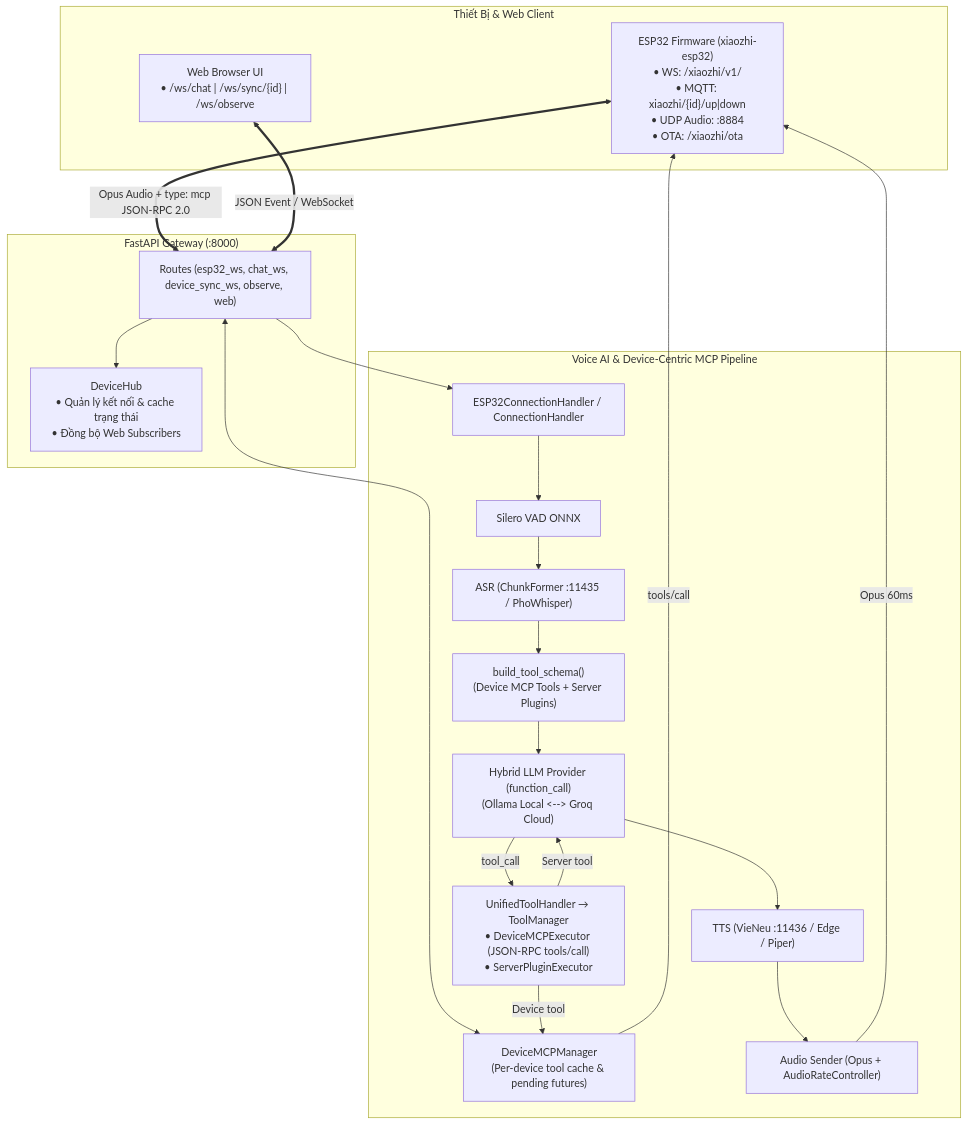
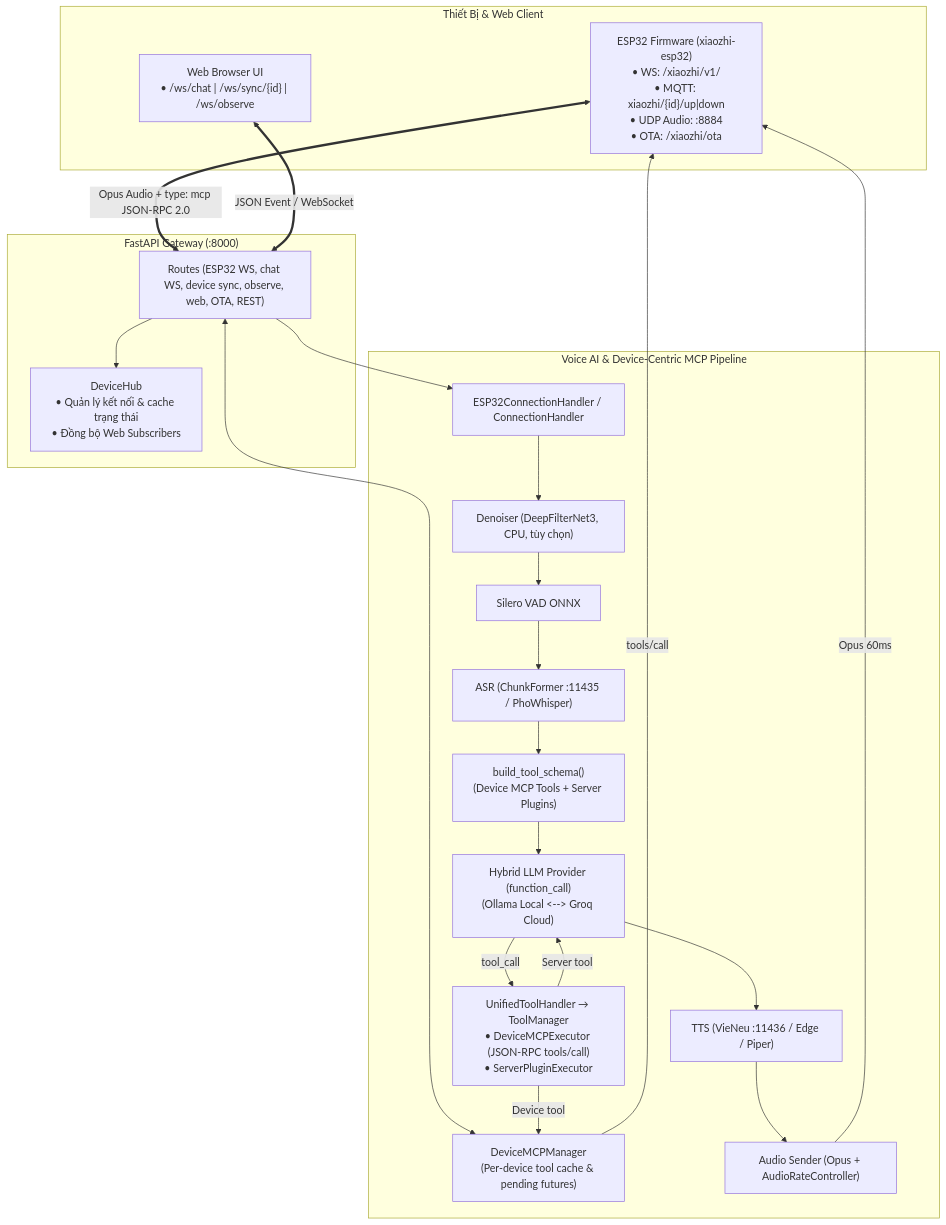
One commit to SonTruong3105/pbl3-smart-lamp changed the diagram in README.md. Above: the diagram before and after it, drawn with Mermaid. The commit also changed other lines of this file and 24 other files, not shown here.

````diff
--- a/README.md
+++ b/README.md
@@ -36,36 +36,37 @@
 ```mermaid
 flowchart TB
     subgraph Clients["Thiết Bị & Web Client"]
         ESP["ESP32 Firmware (xiaozhi-esp32)\n• WS: /xiaozhi/v1/\n• MQTT: xiaozhi/{id}/up|down\n• UDP Audio: :8884\n• OTA: /xiaozhi/ota"]
         WEB["Web Browser UI\n• /ws/chat | /ws/sync/{id} | /ws/observe"]
     end
 
     subgraph Gateway["FastAPI Gateway (:8000)"]
-        ROUTER["Routes (esp32_ws, chat_ws, device_sync_ws, observe, web)"]
+        ROUTER["Routes (ESP32 WS, chat WS, device sync, observe, web, OTA, REST)"]
         DHUB["DeviceHub\n• Quản lý kết nối & cache trạng thái\n• Đồng bộ Web Subscribers"]
     end
 
     subgraph Pipeline["Voice AI & Device-Centric MCP Pipeline"]
         CONN["ESP32ConnectionHandler / ConnectionHandler"]
+        DF3["Denoiser (DeepFilterNet3, CPU, tùy chọn)"]
         VAD["Silero VAD ONNX"]
         ASR_MOD["ASR (ChunkFormer :11435 / PhoWhisper)"]
         FILTER["build_tool_schema()\n(Device MCP Tools + Server Plugins)"]
         LLM_ROUTER["Hybrid LLM Provider (function_call)\n(Ollama Local <--> Groq Cloud)"]
         TOOL_EXEC["UnifiedToolHandler → ToolManager\n• DeviceMCPExecutor (JSON-RPC tools/call)\n• ServerPluginExecutor"]
         MCP_MGR["DeviceMCPManager\n(Per-device tool cache & pending futures)"]
         TTS_MOD["TTS (VieNeu :11436 / Edge / Piper)"]
         AUDIO_SENDER["Audio Sender (Opus + AudioRateController)"]
     end
 
     ESP <==>|Opus Audio + type: mcp JSON-RPC 2.0| ROUTER
     WEB <==>|JSON Event / WebSocket| ROUTER
     ROUTER --> DHUB
     ROUTER --> CONN
     ROUTER <--> MCP_MGR
 
-    CONN --> VAD --> ASR_MOD --> FILTER --> LLM_ROUTER
+    CONN --> DF3 --> VAD --> ASR_MOD --> FILTER --> LLM_ROUTER
     LLM_ROUTER -->|tool_call| TOOL_EXEC
     TOOL_EXEC -->|Device tool| MCP_MGR -->|tools/call| ESP
     TOOL_EXEC -->|Server tool| LLM_ROUTER
     LLM_ROUTER --> TTS_MOD --> AUDIO_SENDER -->|Opus 60ms| ESP
 ```
````
